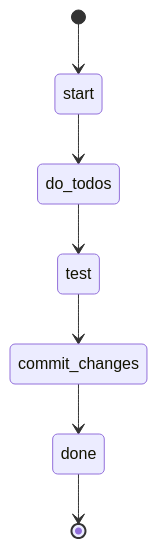
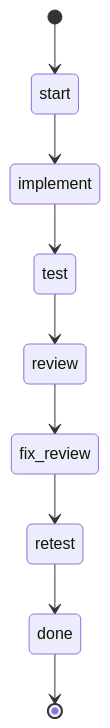
The diagram in builtin/workflows/implement.md (swissarmyhammer/swissarmyhammer), drawn with Mermaid before and after one commit. The commit also changed other lines of this file and 8 other files, not shown here.

First line of the commit message:
refactor(workflows): replace do_todos with implement→test→review→fix→retest

````diff
--- a/builtin/workflows/implement.md
+++ b/builtin/workflows/implement.md
@@ -11,9 +11,11 @@
 ```mermaid
 stateDiagram-v2
     [*] --> start
-    start --> do_todos
-    do_todos --> test
-    test --> commit_changes
-    commit_changes --> done
+    start --> implement
+    implement --> test
+    test --> review
+    review --> fix_review
+    fix_review --> retest
+    retest --> done
     done --> [*]
 ```
````
